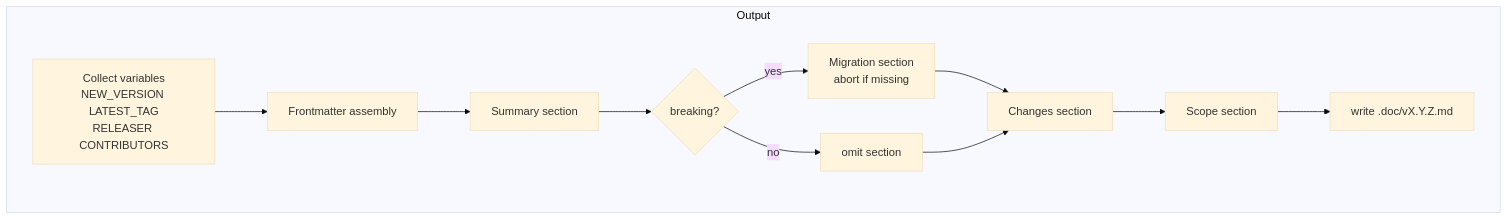
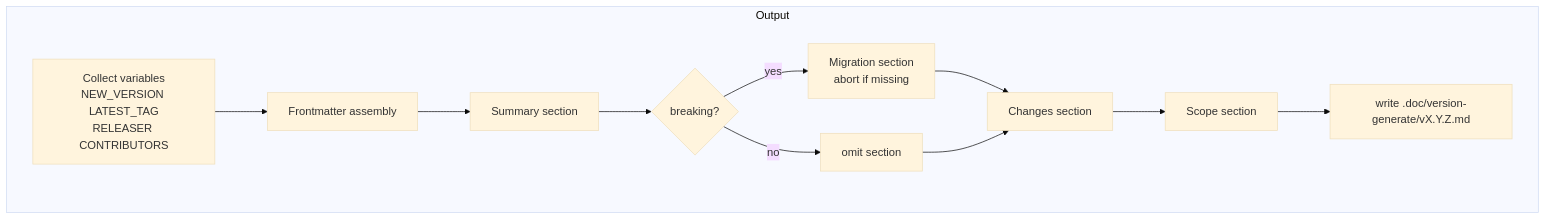
The sixth of 9 diagrams in doc/architecture.md (pardnio/skill-version-generate), drawn with Mermaid (base theme) before and after one commit. The commit also changed other lines of this file and 9 other files, not shown here.

````diff
--- a/doc/architecture.md
+++ b/doc/architecture.md
@@ -90,14 +90,14 @@
 ```mermaid
 graph TB
     subgraph Output
         Vars[Collect variables<br/>NEW_VERSION LATEST_TAG<br/>RELEASER CONTRIBUTORS] --> FM[Frontmatter assembly]
         FM --> Summary[Summary section]
         Summary --> Brk{breaking?}
         Brk -- yes --> Mig[Migration section<br/>abort if missing]
         Brk -- no --> Skip[omit section]
         Mig --> Changes[Changes section]
         Skip --> Changes
         Changes --> Scope[Scope section]
-        Scope --> Write[write .doc/vX.Y.Z.md]
+        Scope --> Write[write .doc/version-generate/vX.Y.Z.md]
     end
 ```
````
